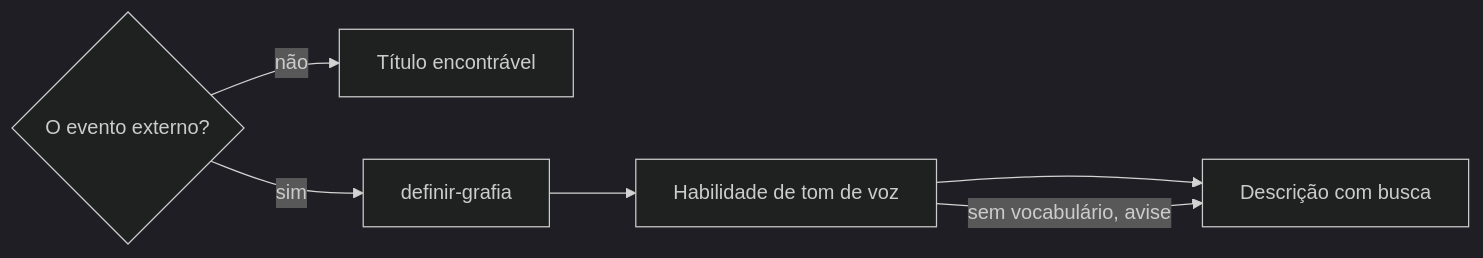
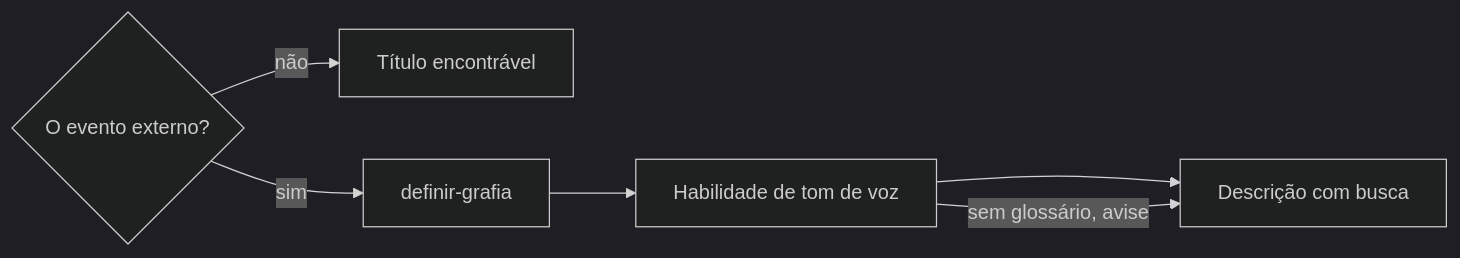
The fifth of 5 diagrams in .agents/skills/definir-agenda/SKILL.md (jimmyandrade/harness), drawn with Mermaid (dark theme) before and after one commit. The commit also changed other lines of this file, not shown here.

````diff
--- a/.agents/skills/definir-agenda/SKILL.md
+++ b/.agents/skills/definir-agenda/SKILL.md
@@ -169,8 +169,8 @@
 ```mermaid
 flowchart LR
   Q{O evento externo?} -->|não| H[Título encontrável]
   Q -->|sim| G[definir-grafia]
   G --> T[Habilidade de tom de voz]
   T --> D[Descrição com busca]
-  T -->|sem vocabulário, avise| D
+  T -->|sem glossário, avise| D
 ```
````
